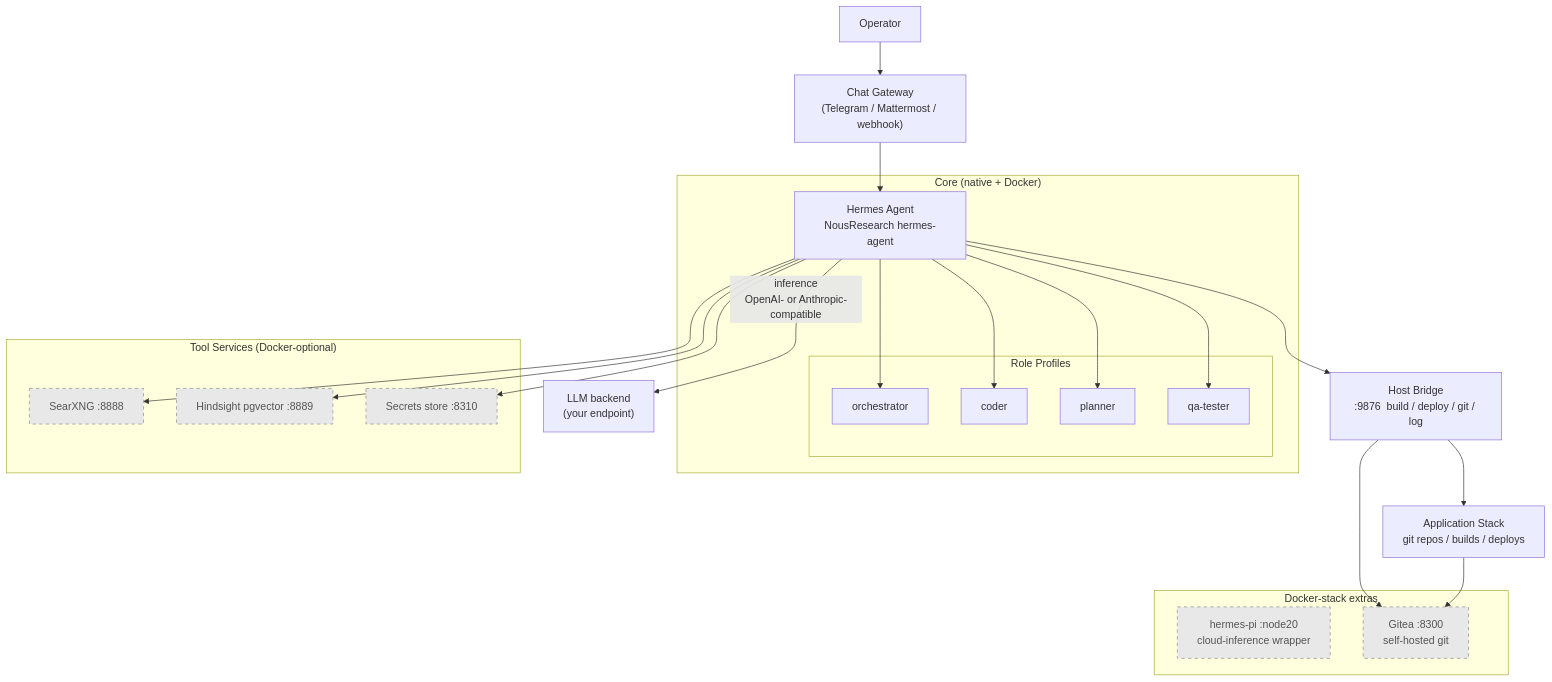
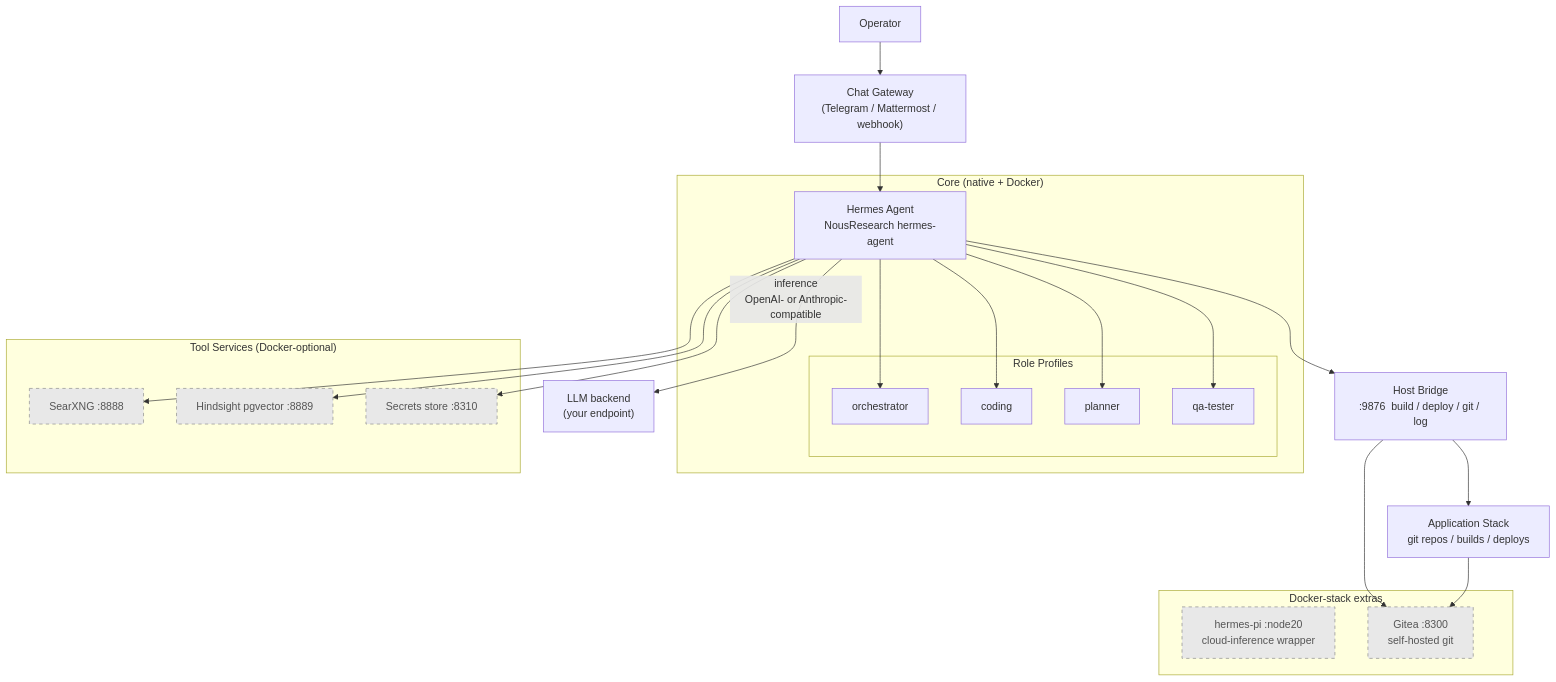
Before and after one commit to pcvelz/hermes-workflows: the diagram in docs/architecture/README.md, drawn with Mermaid. The commit also changed other lines of this file and 35 other files, not shown here.

````diff
--- a/docs/architecture/README.md
+++ b/docs/architecture/README.md
@@ -13,52 +13,52 @@
 ```mermaid
 graph TD
     User[Operator] --> Chat
 
     Chat["Chat Gateway<br/>(Telegram / Mattermost / webhook)"]
     Chat --> Agent
 
     subgraph Core ["Core (native + Docker)"]
         Agent["Hermes Agent<br/>NousResearch hermes-agent"]
 
         subgraph Profiles ["Role Profiles"]
             Orch[orchestrator]
-            Coder[coder]
+            Coding[coding]
             Planner[planner]
             QA[qa-tester]
         end
 
         Agent --> Orch
-        Agent --> Coder
+        Agent --> Coding
         Agent --> Planner
         Agent --> QA
     end
 
     Agent -->|"inference<br/>OpenAI- or Anthropic-compatible"| LLM
 
     LLM["LLM backend<br/>(your endpoint)"]
 
     Agent --> Bridge
     Bridge["Host Bridge<br/>:9876  build / deploy / git / log"]
     Bridge --> AppStack["Application Stack<br/>git repos / builds / deploys"]
 
     subgraph Tools ["Tool Services (Docker-optional)"]
         Search["SearXNG :8888"]
         Memory["Hindsight pgvector :8889"]
         Secrets["Secrets store :8310"]
     end
 
     Agent --> Search
     Agent --> Memory
     Agent --> Secrets
 
     subgraph DockerExtra ["Docker-stack extras"]
         HermesPi["hermes-pi :node20<br/>cloud-inference wrapper"]
         Gitea["Gitea :8300<br/>self-hosted git"]
     end
 
     Bridge --> Gitea
     AppStack --> Gitea
 
     classDef dockerOnly fill:#e8e8e8,stroke:#888,stroke-dasharray:5 5,color:#555
     class Search,Memory,Secrets,HermesPi,Gitea dockerOnly
 ```
````
